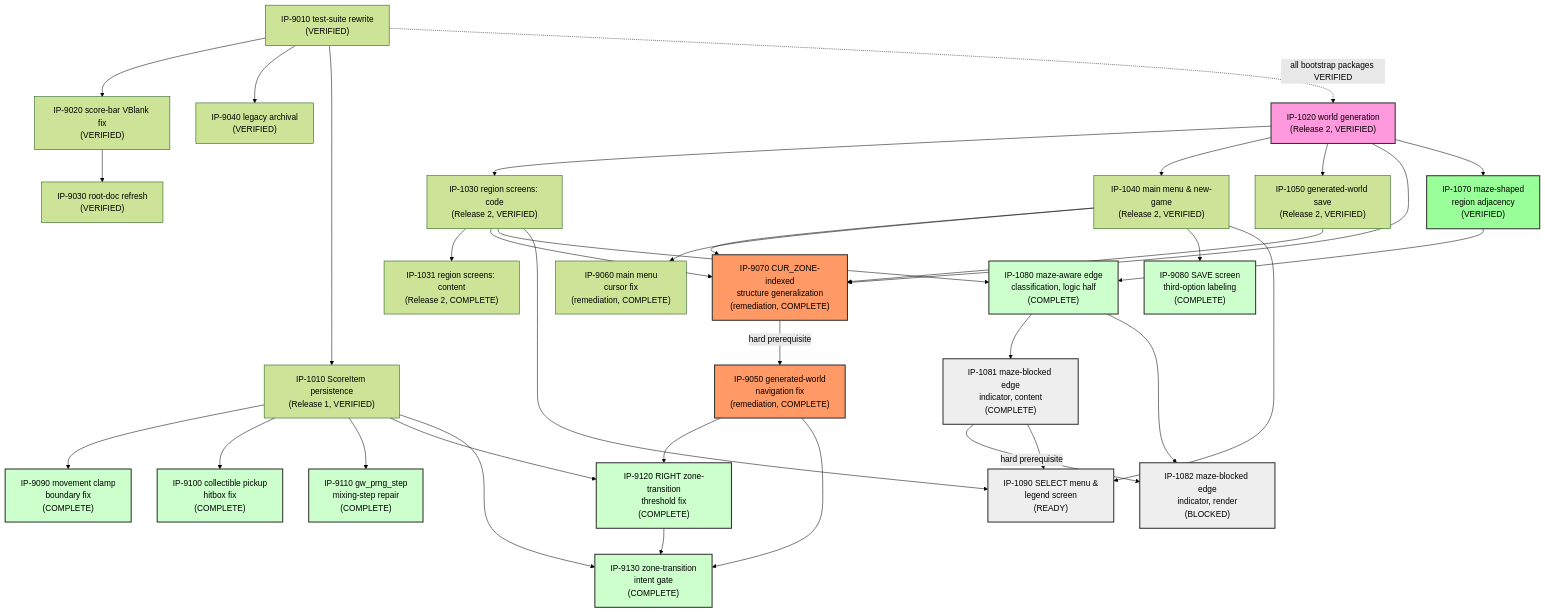
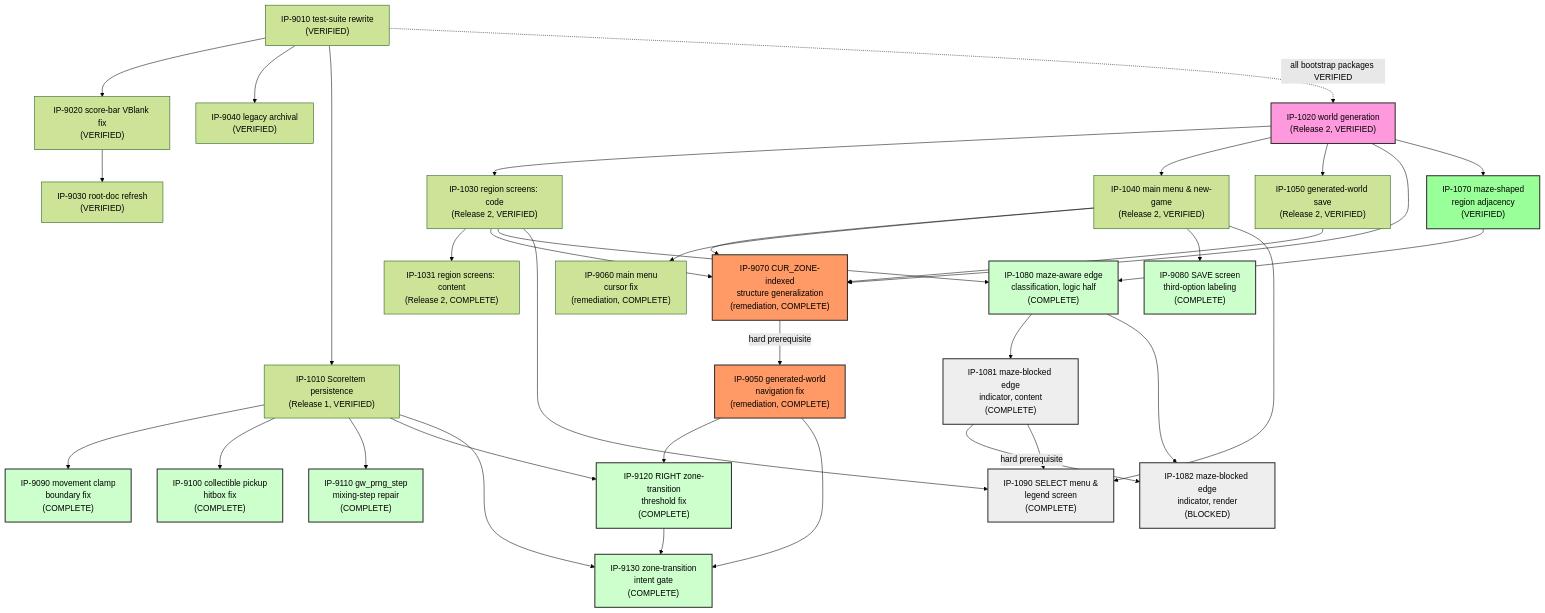
The diagram in docs/implementation/00-master-build-plan.md (Zabin/RsGame), drawn with Mermaid (forest theme) before and after one commit. The commit also changed other lines of this file and 14 other files, not shown here.

First line of the commit message:
feat(IP-1090): SELECT Menu & Edge-Indicator Legend Screen

```diff
--- a/docs/implementation/00-master-build-plan.md
+++ b/docs/implementation/00-master-build-plan.md
@@ -325,7 +326,7 @@
     style IP1081 fill:#eee,stroke:#333,stroke-width:2px
     style IP1082 fill:#eee,stroke:#333,stroke-width:2px
 
-    IP1090["IP-1090 SELECT menu &<br/>legend screen<br/>(READY)"]
+    IP1090["IP-1090 SELECT menu &<br/>legend screen<br/>(COMPLETE)"]
     IP1040 --> IP1090
     IP1030 --> IP1090
     IP1081 --> IP1090
```
